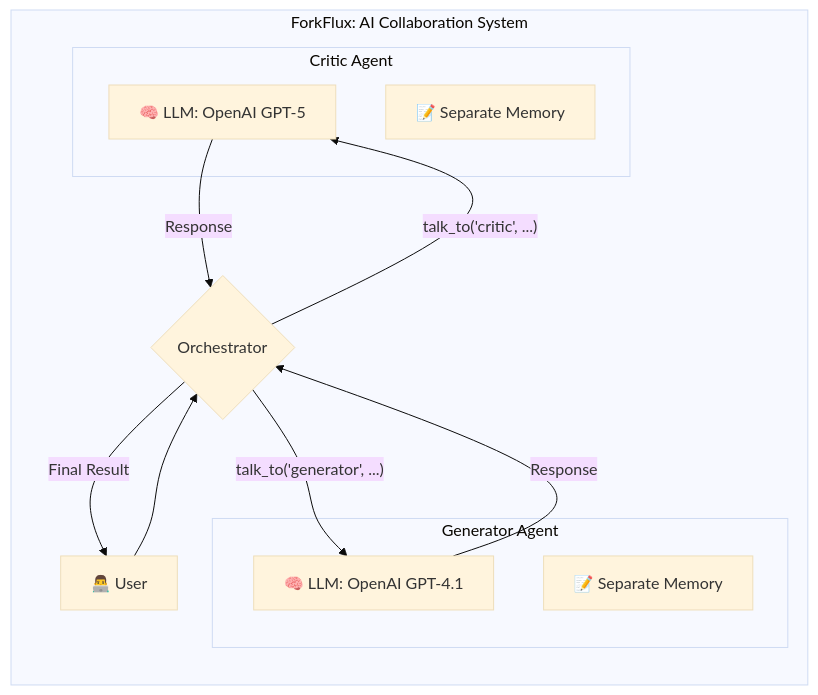
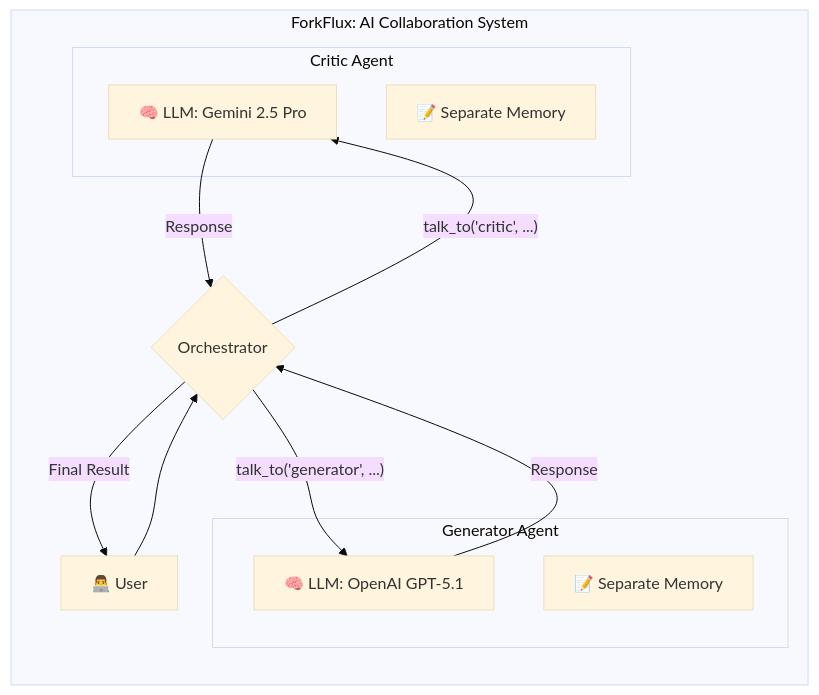
The diagram in README.md (scream4ik/forkflux), drawn with Mermaid (base theme) before and after one commit. The commit also changed other lines of this file, not shown here.

````diff
--- a/README.md
+++ b/README.md
@@ -27,22 +27,22 @@
 ```mermaid
 graph LR
     subgraph "ForkFlux: AI Collaboration System"
         U[👨‍💻 User] --> O{Orchestrator}
 
         subgraph "Generator Agent"
-            A1_LLM[🧠 LLM: OpenAI GPT-4.1]
+            A1_LLM[🧠 LLM: OpenAI GPT-5.1]
             A1_Mem[📝 Separate Memory]
         end
 
         subgraph "Critic Agent"
-            A2_LLM[🧠 LLM: OpenAI GPT-5]
+            A2_LLM[🧠 LLM: Gemini 2.5 Pro]
             A2_Mem[📝 Separate Memory]
         end
 
         O -- "talk_to('generator', ...)" --> A1_LLM
         O -- "talk_to('critic', ...)" --> A2_LLM
         A1_LLM -- "Response" --> O
         A2_LLM -- "Response" --> O
         O -- "Final Result" --> U
     end
 ```
````
